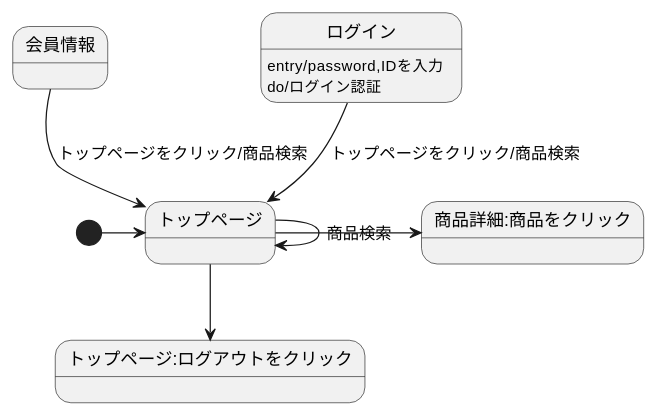
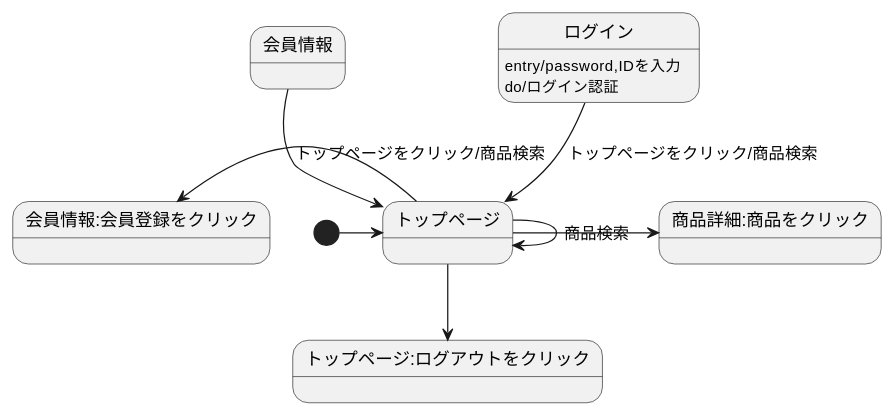
The diagram in stm01.md (Aso2001388/2021sys-design), drawn with PlantUML before and after one commit.

````diff
--- a/stm01.md
+++ b/stm01.md
@@ -1,13 +1,14 @@
 ```uml
 @startuml
 [*]->トップページ
 会員情報-->トップページ:トップページをクリック/商品検索
 ログイン-->トップページ:トップページをクリック/商品検索
 ログイン: entry/password,IDを入力
 ログイン:do/ログイン認証
 トップページ-->トップページ:ログアウトをクリック
 トップページ->トップページ: 商品検索
 トップページ->商品詳細:商品をクリック
+トップページ-left->会員情報:会員登録をクリック
 
 @enduml
 ```
````
